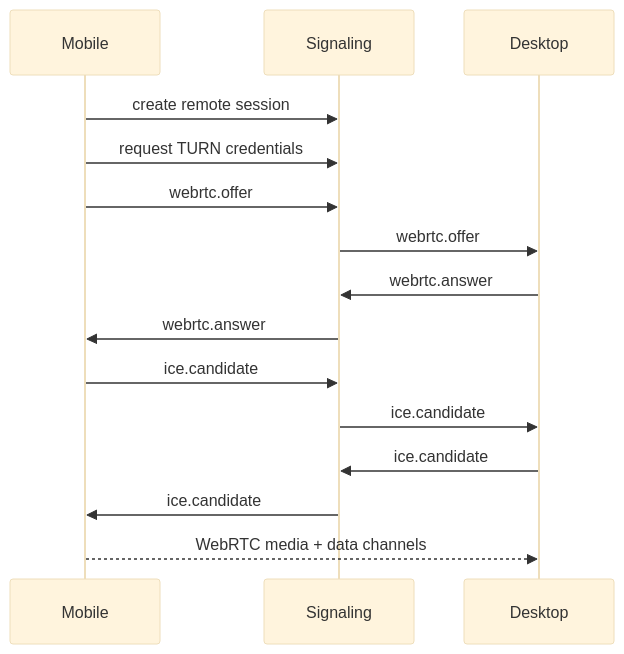
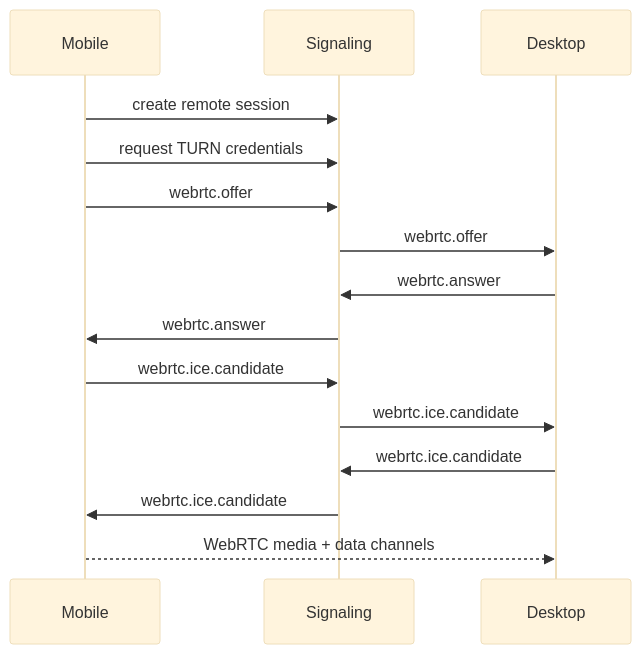
One commit to zhangqin2016/superhelper changed the diagram in docs/mobile-command-webrtc-runbook.md. Above: the diagram before and after it, drawn with Mermaid (base theme). The commit also changed other lines of this file and 6 other files, not shown here.

````diff
--- a/docs/mobile-command-webrtc-runbook.md
+++ b/docs/mobile-command-webrtc-runbook.md
@@ -22,18 +22,18 @@
 ```mermaid
 sequenceDiagram
   participant M as Mobile
   participant S as Signaling
   participant D as Desktop
 
   M->>S: create remote session
   M->>S: request TURN credentials
   M->>S: webrtc.offer
   S->>D: webrtc.offer
   D->>S: webrtc.answer
   S->>M: webrtc.answer
-  M->>S: ice.candidate
-  S->>D: ice.candidate
-  D->>S: ice.candidate
-  S->>M: ice.candidate
+  M->>S: webrtc.ice.candidate
+  S->>D: webrtc.ice.candidate
+  D->>S: webrtc.ice.candidate
+  S->>M: webrtc.ice.candidate
   M-->>D: WebRTC media + data channels
 ```
````
